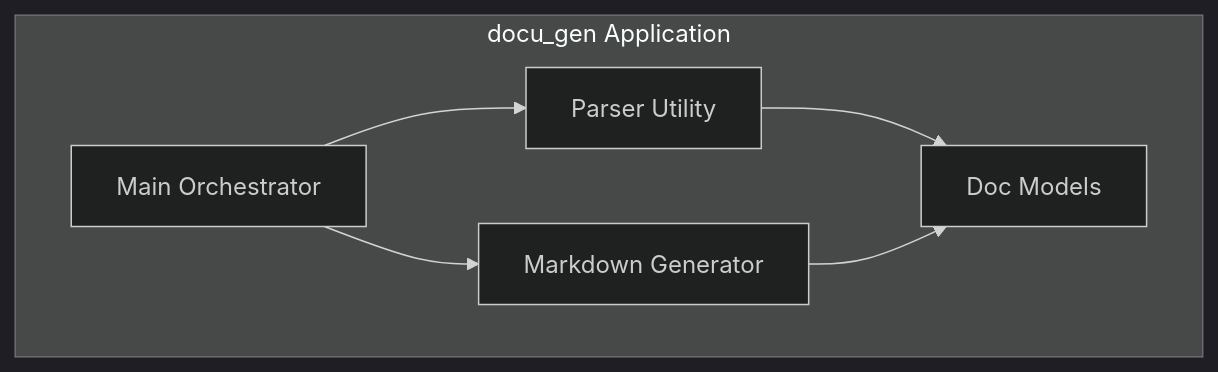
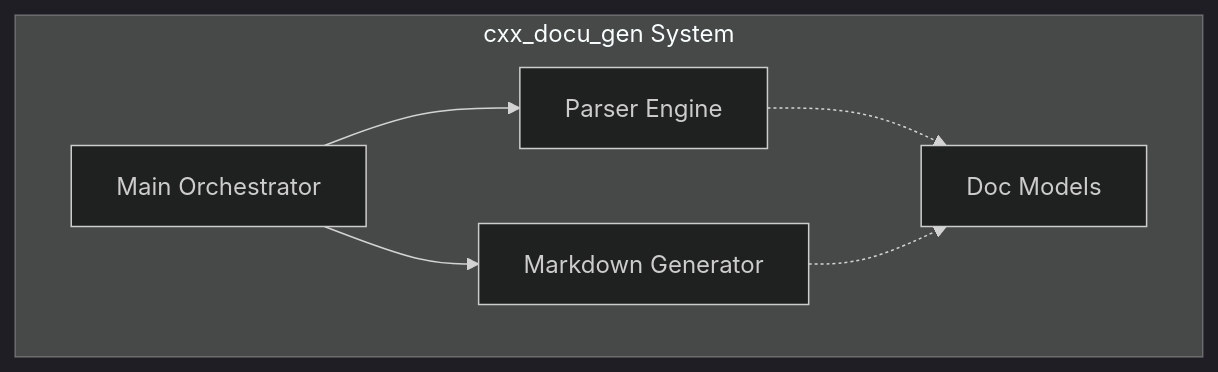
One commit to Zheng-Bote/cxx_docu_gen changed the second of 4 diagrams in docs/architecture/architecture_doc.md. Above: the diagram before and after it, drawn with Mermaid (dark theme). The commit also changed other lines of this file and 13 other files, not shown here.

````diff
--- a/docs/architecture/architecture_doc.md
+++ b/docs/architecture/architecture_doc.md
@@ -4,14 +35,9 @@
 ```mermaid
-graph TD
-    subgraph App [docu_gen Application]
-        MO[Main Orchestrator]
-        PU[Parser Utility]
-        MG[Markdown Generator]
-        DM[Doc Models]
-        
-        MO --> PU
-        MO --> MG
-        PU --> DM
-        MG --> DM
+flowchart TD
+    subgraph "cxx_docu_gen System"
+        MO[Main Orchestrator] --> PE[Parser Engine]
+        MO --> MG[Markdown Generator]
+        PE -.-> DM[Doc Models]
+        MG -.-> DM
     end
 ```
````
